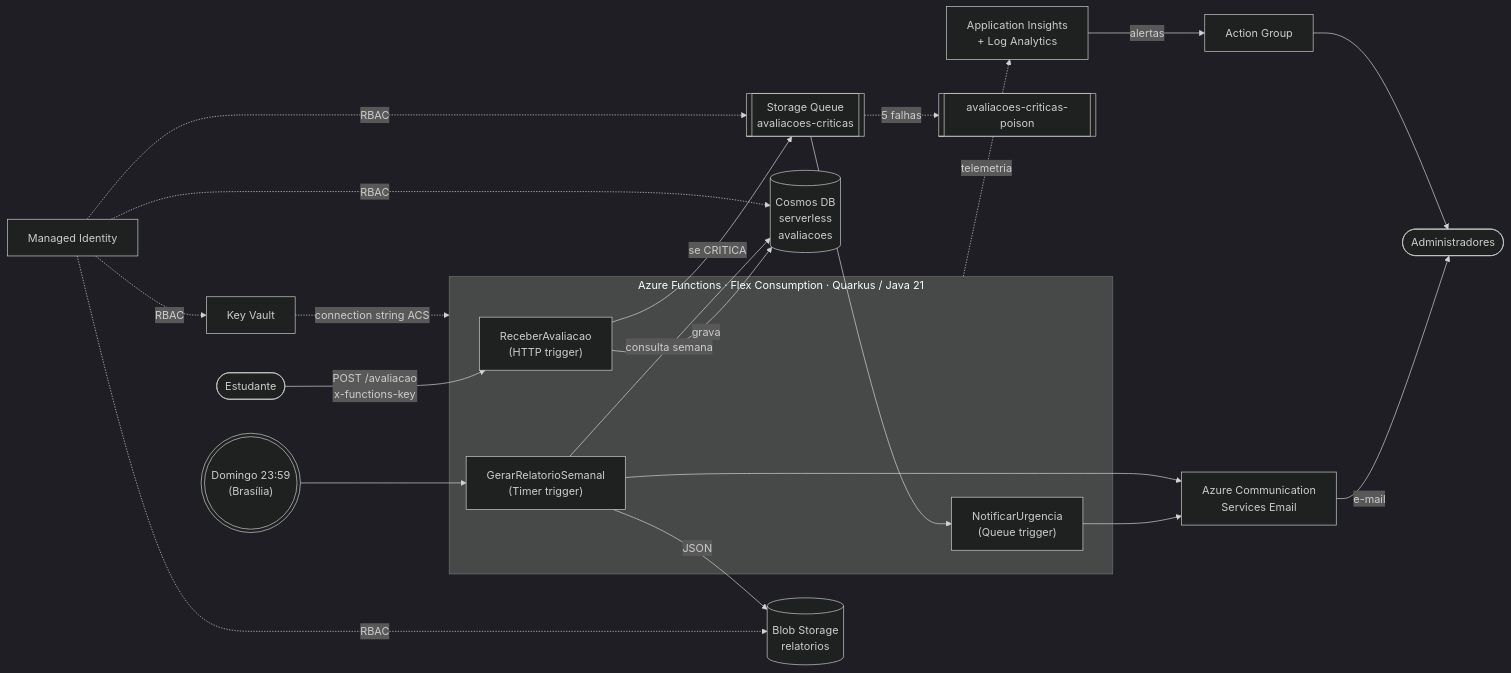
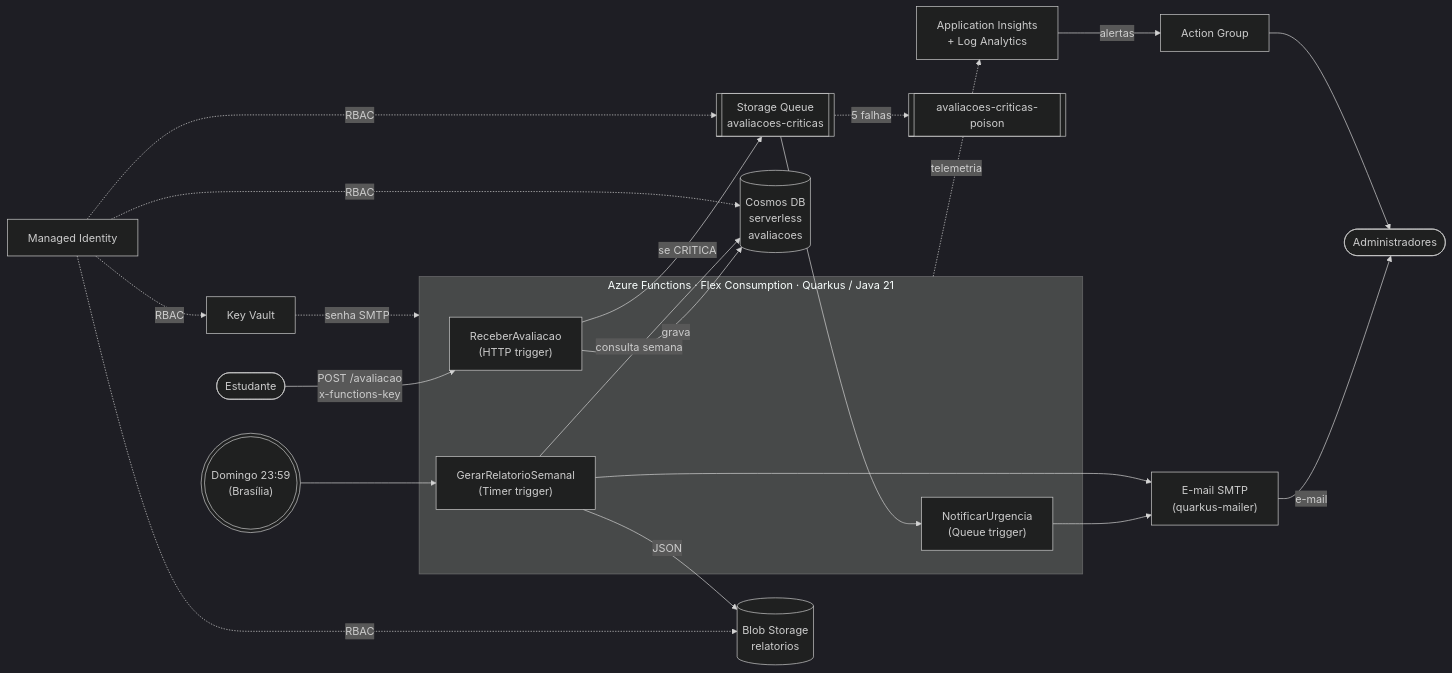
The diagram in README.md (kaiqoliveira/plataforma-feedback), drawn with Mermaid (dark theme) before and after one commit. The commit also changed other lines of this file and 9 other files, not shown here.

Commit message:
Envio de e-mail via SMTP (quarkus-mailer)

````diff
--- a/README.md
+++ b/README.md
@@ -45,27 +45,27 @@
 ```mermaid
 flowchart LR
     E([Estudante]) -- "POST /avaliacao<br/>x-functions-key" --> F1
 
     subgraph FA["Azure Functions · Flex Consumption · Quarkus / Java 21"]
         F1["ReceberAvaliacao<br/>(HTTP trigger)"]
         F2["NotificarUrgencia<br/>(Queue trigger)"]
         F3["GerarRelatorioSemanal<br/>(Timer trigger)"]
     end
 
     F1 -- grava --> DB[("Cosmos DB<br/>serverless<br/>avaliacoes")]
     F1 -- "se CRITICA" --> Q[["Storage Queue<br/>avaliacoes-criticas"]]
     Q --> F2
     Q -. "5 falhas" .-> P[["avaliacoes-criticas-poison"]]
-    F2 --> ACS["Azure Communication<br/>Services Email"]
+    F2 --> ACS["E-mail SMTP<br/>(quarkus-mailer)"]
 
     T((("Domingo 23:59<br/>(Brasília)"))) --> F3
     F3 -- consulta semana --> DB
     F3 -- "JSON" --> B[("Blob Storage<br/>relatorios")]
     F3 --> ACS
     ACS -- e-mail --> A([Administradores])
 
-    KV["Key Vault"] -. "connection string ACS" .-> FA
+    KV["Key Vault"] -. "senha SMTP" .-> FA
     MI["Managed Identity"] -. "RBAC" .-> DB & Q & B & KV
     FA -. telemetria .-> AI["Application Insights<br/>+ Log Analytics"]
     AI -- alertas --> AG["Action Group"] --> A
 ```
````
